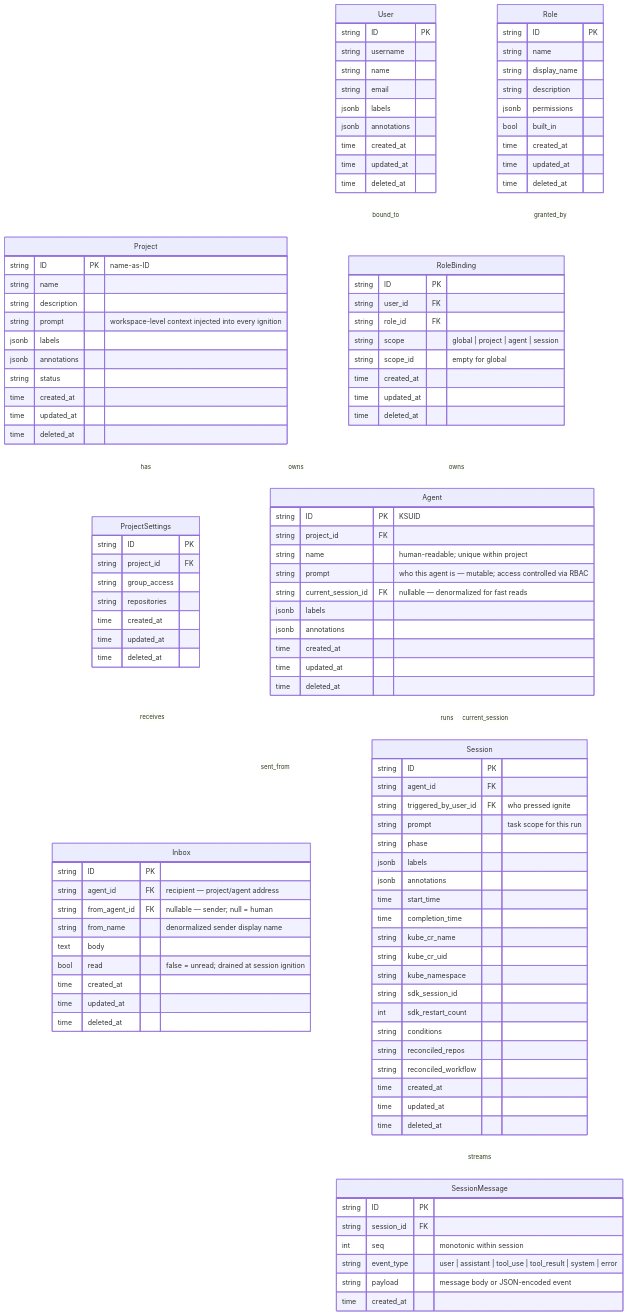
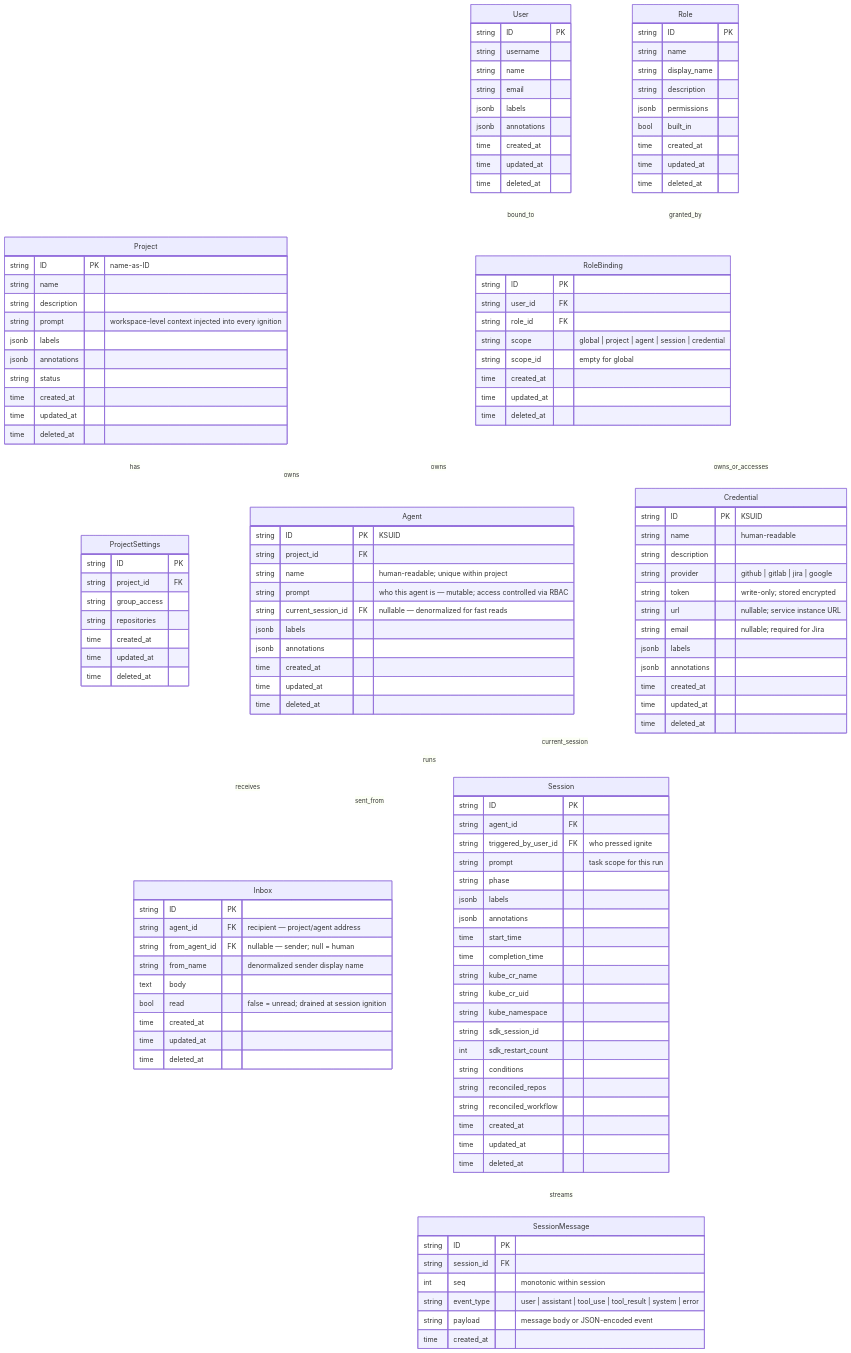
Before and after one commit to ambient-code/platform: the diagram in docs/internal/design/ambient-model.spec.md, drawn with Mermaid. The commit also changed other lines of this file and 1 other file, not shown here.

First line of the commit message:
docs(spec): add Credential Kind spec to ambient-model and control-plane (RHOAIENG-55817)

```diff
--- a/docs/internal/design/ambient-model.spec.md
+++ b/docs/internal/design/ambient-model.spec.md
@@ -142,8 +148,25 @@
         string ID PK
         string user_id FK
         string role_id FK
-        string scope    "global | project | agent | session"
+        string scope    "global | project | agent | session | credential"
         string scope_id "empty for global"
+        time   created_at
+        time   updated_at
+        time   deleted_at
+    }
+
+    %% ── Credential (platform-scoped PAT/token store) ─────────────────────────
+
+    Credential {
+        string ID PK "KSUID"
+        string name "human-readable"
+        string description
+        string provider "github | gitlab | jira | google"
+        string token "write-only; stored encrypted"
+        string url "nullable; service instance URL"
+        string email "nullable; required for Jira"
+        jsonb  labels
+        jsonb  annotations
         time   created_at
         time   updated_at
         time   deleted_at
@@ -157,6 +180,7 @@
     User            ||--o{ RoleBinding      : "bound_to"
 
     RoleBinding     }o--o| Agent            : "owns"
+    RoleBinding     }o--o| Credential       : "owns_or_accesses"
 
     Agent           ||--o{ Session          : "runs"
     Agent           ||--o| Session          : "current_session"
```
